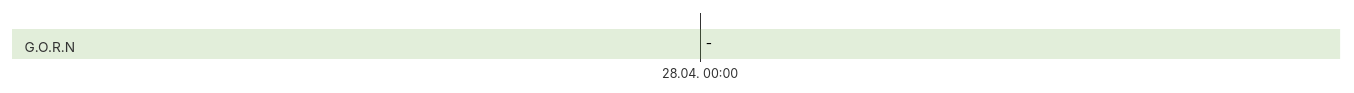
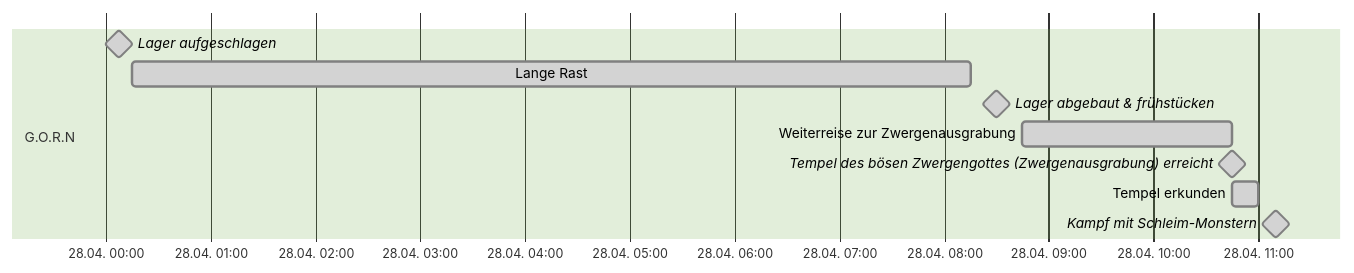
The fifth of 13 diagrams in Kampagne/Timeline Kampagne 2.md (LorenJaffrey/DnD_PFT), drawn with Mermaid (forest theme) before and after one commit. The commit also changed other lines of this file, not shown here.

Commit message:
Timeline aktualisiert

````diff
--- a/Kampagne/Timeline Kampagne 2.md
+++ b/Kampagne/Timeline Kampagne 2.md
@@ -79,9 +72,15 @@
 ```mermaid
 gantt
 	dateFormat HH:mm
 	axisFormat %e.%m. %H:%M
 	tickinterval 1hour
 	weekday sunday
 	section G.O.R.N
-		-: a1, 2024-04-28 00:00, 
+		Lager aufgeschlagen: done, milestone, a1, 2024-04-28 00:00, 15m
+		Lange Rast: done, a2, after a1, 8h
+		Lager abgebaut & frühstücken: done, milestone, a3, after a2, 30m
+		Weiterreise zur Zwergenausgrabung: done, a4, after a3, 2h
+		Tempel des bösen Zwergengottes (Zwergenausgrabung) erreicht: done, milestone, a5, after a4, 0m
+		Tempel erkunden: done, a6, after a5, 15m
+		Kampf mit Schleim-Monstern: done, milestone, a7, after a6, 20m
 ```
````
